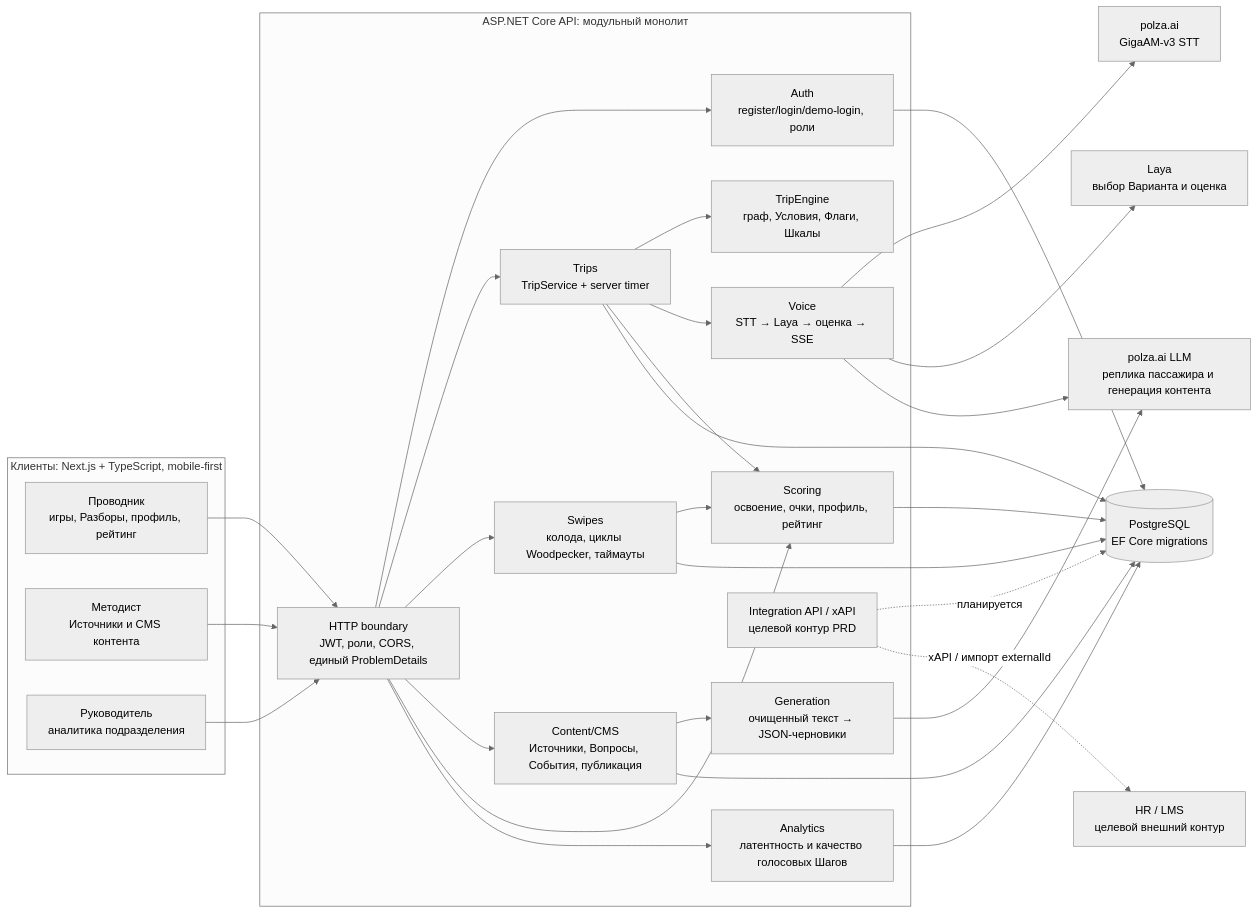
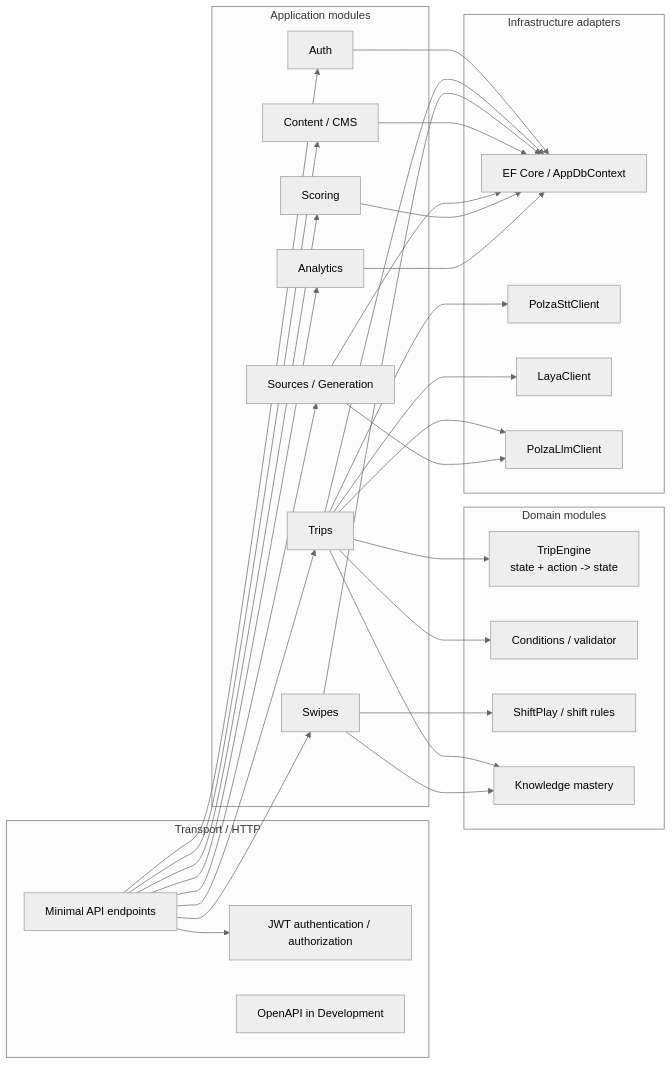
One commit to MolinRE/TurboSquadApp changed the third of 7 diagrams in docs/architecture.md. Above: the diagram before and after it, drawn with Mermaid (neutral theme). The commit also changed other lines of this file and 7 other files, not shown here.

````diff
--- a/docs/architecture.md
+++ b/docs/architecture.md
@@ -14,55 +73,57 @@
 ```mermaid
 flowchart LR
-    subgraph Clients["Клиенты: Next.js + TypeScript, mobile-first"]
-        Player["Проводник\nигры, Разборы, профиль, рейтинг"]
-        Methodologist["Методист\nИсточники и CMS контента"]
-        Manager["Руководитель\nаналитика подразделения"]
+    subgraph Transport["Transport / HTTP"]
+        Endpoints[Minimal API endpoints]
+        AuthMiddleware[JWT authentication / authorization]
+        OpenAPI[OpenAPI in Development]
     end
 
-    subgraph API["ASP.NET Core API: модульный монолит"]
-        Edge["HTTP boundary\nJWT, роли, CORS, единый ProblemDetails"]
-        Auth["Auth\nregister/login/demo-login, роли"]
-        Trips["Trips\nTripService + server timer"]
-        Engine["TripEngine\nграф, Условия, Флаги, Шкалы"]
-        Voice["Voice\nSTT → Laya → оценка → SSE"]
-        Swipes["Swipes\nколода, циклы Woodpecker, таймауты"]
-        Content["Content/CMS\nИсточники, Вопросы, События, публикация"]
-        Generation["Generation\nочищенный текст → JSON-черновики"]
-        Scoring["Scoring\nосвоение, очки, профиль, рейтинг"]
-        Analytics["Analytics\nлатентность и качество голосовых Шагов"]
-        Integration["Integration API / xAPI\nцелевой контур PRD"]
+    subgraph Application["Application modules"]
+        Auth[Auth]
+        Trips[Trips]
+        Swipes[Swipes]
+        Content[Content / CMS]
+        Sources[Sources / Generation]
+        Scoring[Scoring]
+        Analytics[Analytics]
     end
 
-    DB[("PostgreSQL\nEF Core migrations")]
-    STT["polza.ai\nGigaAM-v3 STT"]
-    Laya["Laya\nвыбор Варианта и оценка"]
-    LLM["polza.ai LLM\nреплика пассажира и генерация контента"]
-    HR["HR / LMS\nцелевой внешний контур"]
+    subgraph Domain["Domain modules"]
+        TripEngine[TripEngine\nstate + action -> state]
+        Conditions[Conditions / validator]
+        ShiftPlay[ShiftPlay / shift rules]
+        Knowledge[Knowledge mastery]
+    end
 
-    Player --> Edge
-    Methodologist --> Edge
-    Manager --> Edge
-    Edge --> Auth
-    Edge --> Trips
-    Edge --> Swipes
-    Edge --> Content
-    Edge --> Scoring
-    Edge --> Analytics
-    Trips --> Engine
-    Trips --> Voice
-    Content --> Generation
-    Trips --> Scoring
-    Swipes --> Scoring
-    Auth --> DB
-    Trips --> DB
-    Swipes --> DB
-    Content --> DB
-    Scoring --> DB
-    Analytics --> DB
-    Voice --> STT
-    Voice --> Laya
-    Voice --> LLM
-    Generation --> LLM
-    Integration -. "планируется" .-> DB
-    Integration -. "xAPI / импорт externalId" .-> HR
+    subgraph Adapters["Infrastructure adapters"]
+        EF[EF Core / AppDbContext]
+        SttAdapter[PolzaSttClient]
+        LayaAdapter[LayaClient]
+        LlmAdapter[PolzaLlmClient]
+    end
+
+    Endpoints --> AuthMiddleware
+    Endpoints --> Auth
+    Endpoints --> Trips
+    Endpoints --> Swipes
+    Endpoints --> Content
+    Endpoints --> Sources
+    Endpoints --> Scoring
+    Endpoints --> Analytics
+    Trips --> TripEngine
+    Trips --> Conditions
+    Trips --> Knowledge
+    Swipes --> ShiftPlay
+    Swipes --> Knowledge
+    Auth --> EF
+    Trips --> EF
+    Swipes --> EF
+    Content --> EF
+    Sources --> EF
+    Scoring --> EF
+    Analytics --> EF
+    Trips --> SttAdapter
+    Trips --> LayaAdapter
+    Trips --> LlmAdapter
+    Sources --> LlmAdapter
 ```
````
